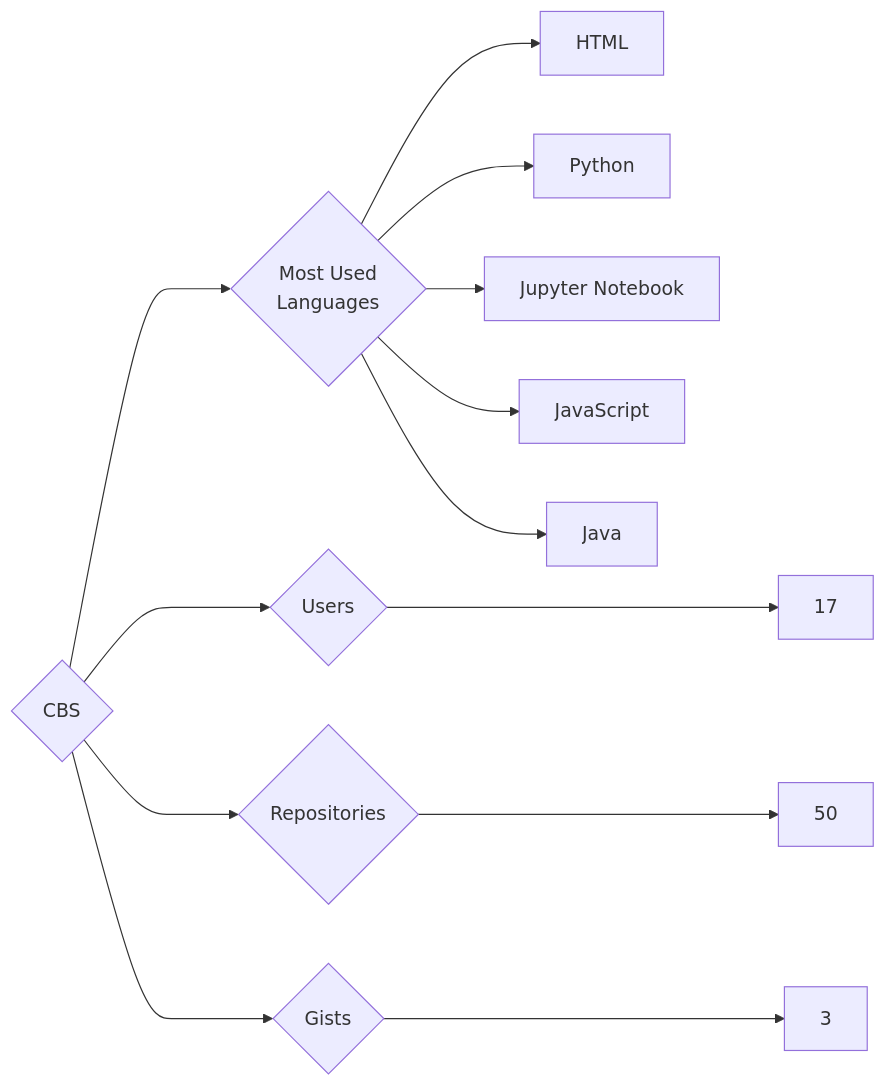
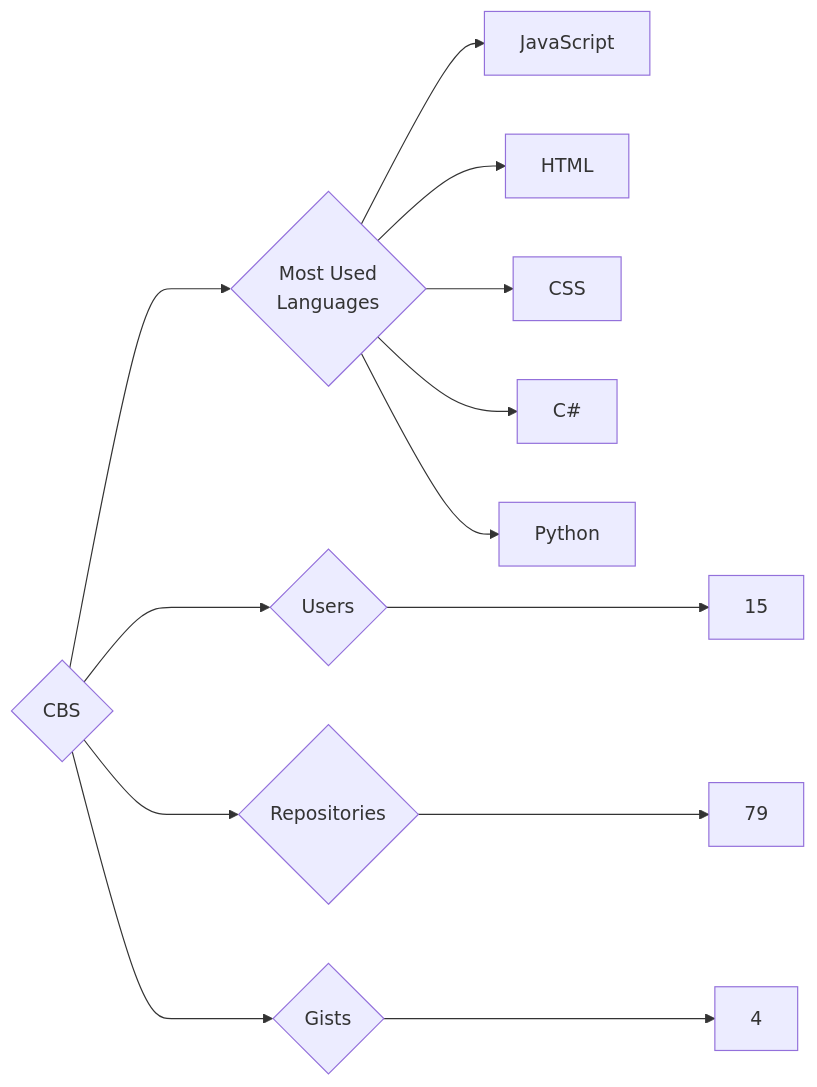
The diagram in targets/CBS/README.md (trickest/insiders), drawn with Mermaid before and after one commit. The commit also changed 900 other files, not shown here.

````diff
--- a/targets/CBS/README.md
+++ b/targets/CBS/README.md
@@ -3,13 +3,13 @@
 ```mermaid
 graph LR
 COMPANY_NAME{CBS}
-COMPANY_NAME ---> U{Users} ---> UN[17]
-COMPANY_NAME ---> R{Repositories} ---> RN[50]
-COMPANY_NAME ---> G{Gists} ---> GN[3]
+COMPANY_NAME ---> U{Users} ---> UN[15]
+COMPANY_NAME ---> R{Repositories} ---> RN[79]
+COMPANY_NAME ---> G{Gists} ---> GN[4]
 COMPANY_NAME ---> ML{Most Used<br>Languages}
+ML --> JavaScript[JavaScript]
 ML --> HTML[HTML]
+ML --> CSS[CSS]
+ML --> C#[C#]
 ML --> Python[Python]
-ML --> Jupyter_Notebook[Jupyter Notebook]
-ML --> JavaScript[JavaScript]
-ML --> Java[Java]
 ```
````
